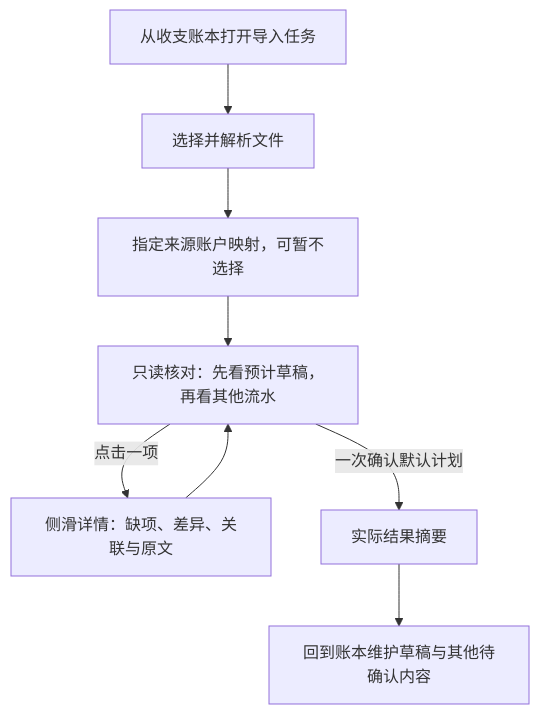
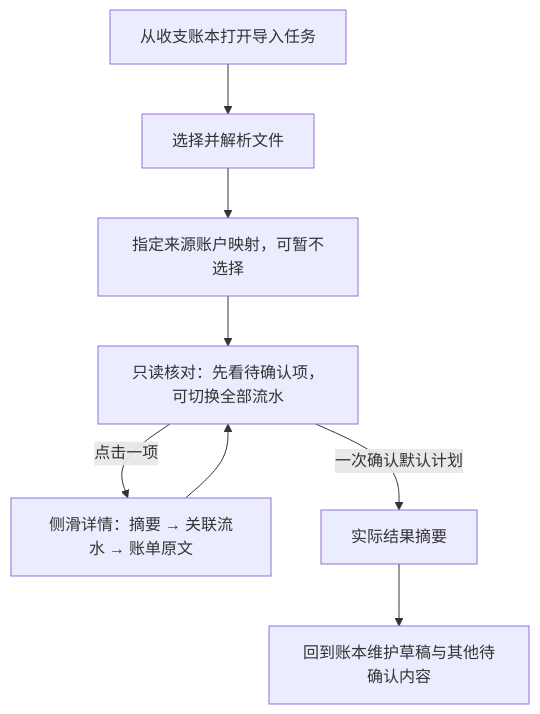
One commit to ssttkkl/finance-tracker changed the diagram in openspec/changes/compose-cash-import-workflow/design.md. Above: the diagram before and after it, drawn with Mermaid. The commit also changed other lines of this file and 58 other files, not shown here.

````diff
--- a/openspec/changes/compose-cash-import-workflow/design.md
+++ b/openspec/changes/compose-cash-import-workflow/design.md
@@ -21,10 +21,10 @@
 ```mermaid
 flowchart TD
     A[从收支账本打开导入任务] --> B[选择并解析文件]
     B --> C[指定来源账户映射，可暂不选择]
-    C --> D[只读核对：先看预计草稿，再看其他流水]
-    D -->|点击一项| E[侧滑详情：缺项、差异、关联与原文]
+    C --> D[只读核对：先看待确认项，可切换全部流水]
+    D -->|点击一项| E[侧滑详情：摘要 → 关联流水 → 账单原文]
     E --> D
     D -->|一次确认默认计划| F[实际结果摘要]
     F --> G[回到账本维护草稿与其他待确认内容]
 ```
````
